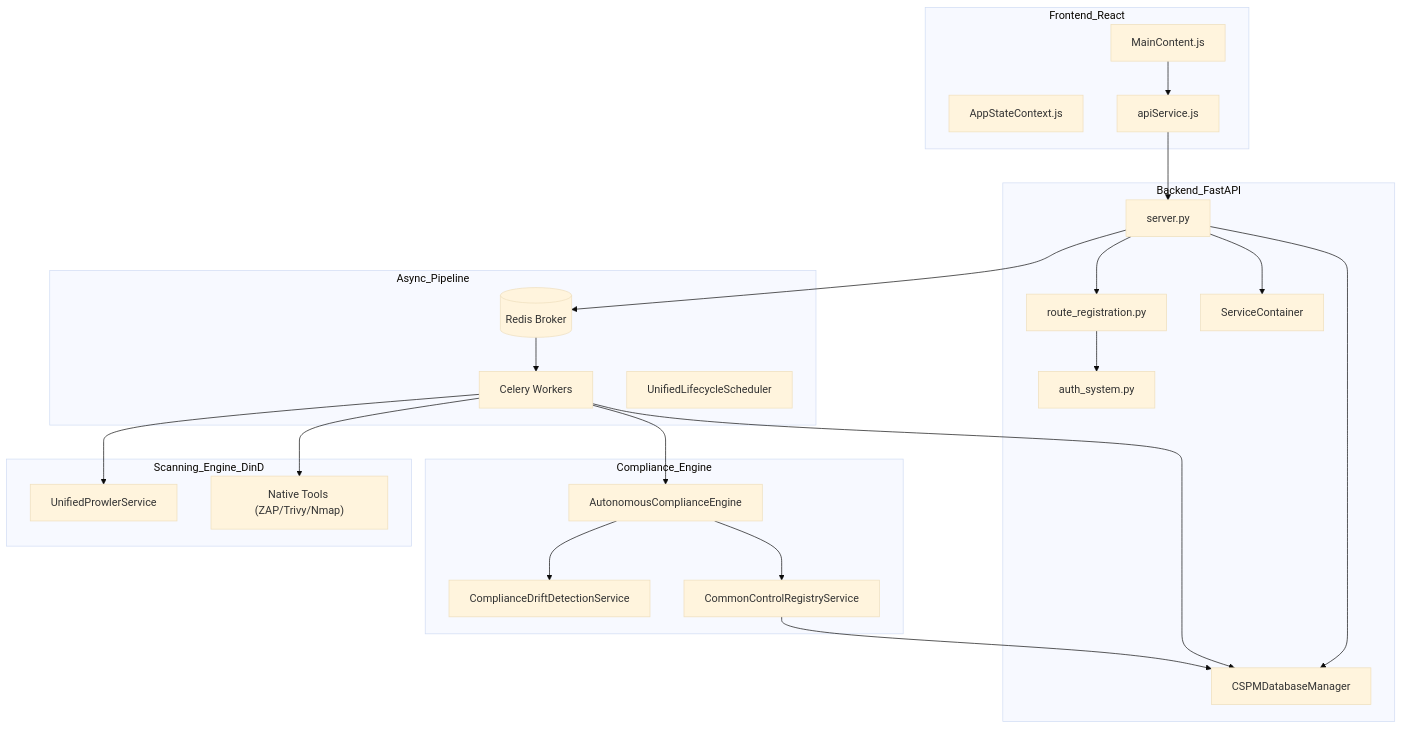
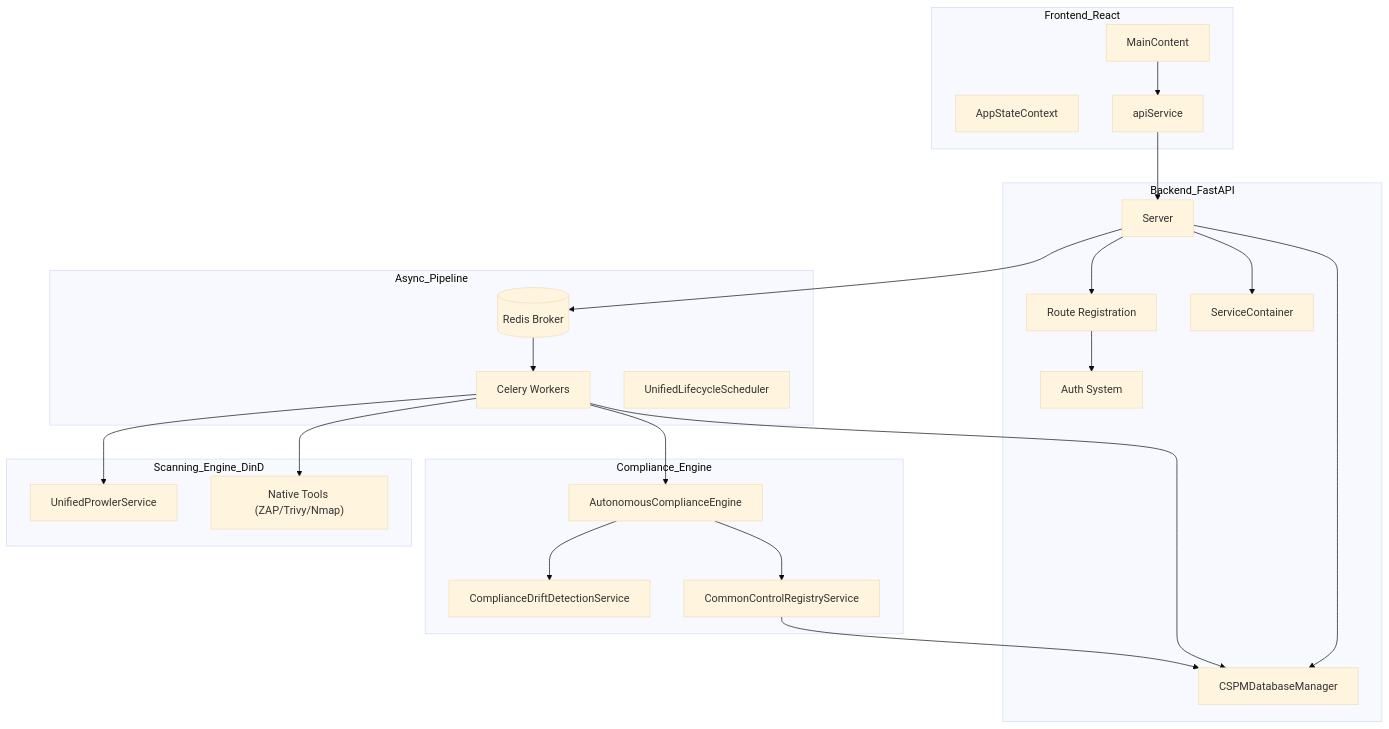
Before and after one commit to niteshsaini/offloadsecurity-docs: the first of 2 diagrams in docs/platform-overview/architecture.md, drawn with Mermaid (base theme). The commit also changed other lines of this file and 16 other files, not shown here.

````diff
--- a/docs/platform-overview/architecture.md
+++ b/docs/platform-overview/architecture.md
@@ -15,49 +15,49 @@
 ```mermaid
 graph TD
     subgraph "Frontend_React"
-        UI["MainContent.js"]
-        State["AppStateContext.js"]
-        API_Client["apiService.js"]
+        UI["MainContent"]
+        State["AppStateContext"]
+        API_Client["apiService"]
     end
 
     subgraph "Backend_FastAPI"
-        Server["server.py"]
-        Router["route_registration.py"]
-        Auth["auth_system.py"]
+        Server["Server"]
+        Router["Route Registration"]
+        Auth["Auth System"]
         DB_Mgr["CSPMDatabaseManager"]
         DI["ServiceContainer"]
     end
 
     subgraph "Async_Pipeline"
         Redis[("Redis Broker")]
         Celery["Celery Workers"]
         Scheduler["UnifiedLifecycleScheduler"]
     end
 
     subgraph "Compliance_Engine"
         ACE["AutonomousComplianceEngine"]
         Drift["ComplianceDriftDetectionService"]
         SCF["CommonControlRegistryService"]
     end
 
     subgraph "Scanning_Engine_DinD"
         Prowler["UnifiedProwlerService"]
         Tools["Native Tools (ZAP/Trivy/Nmap)"]
     end
 
     UI --> API_Client
     API_Client --> Server
     Server --> Router
     Router --> Auth
     Server --> DB_Mgr
     Server --> DI
     Server --> Redis
     Redis --> Celery
     Celery --> Prowler
     Celery --> Tools
     Celery --> DB_Mgr
     Celery --> ACE
     ACE --> Drift
     ACE --> SCF
     SCF --> DB_Mgr
 ```
````
